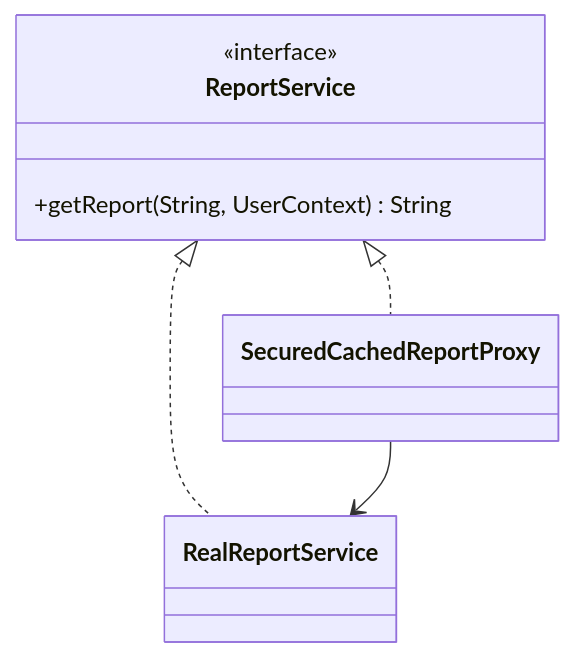
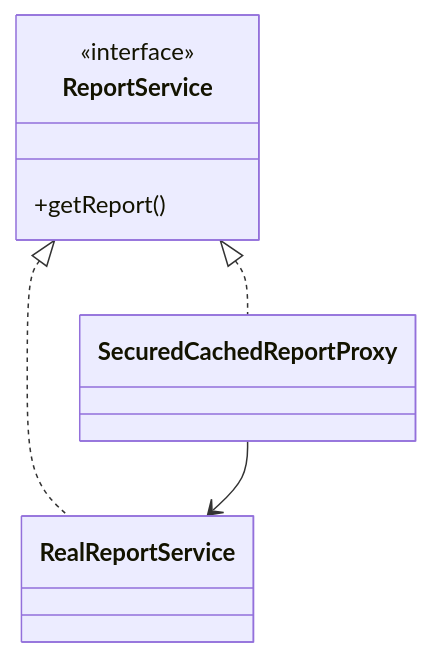
One commit to sandeepbhardwaj/sandeepbhardwaj.github.io changed the diagram in _posts/2025-12-11-proxy-pattern-java-caching-access-control.md. Above: the diagram before and after it, drawn with Mermaid. The commit also changed 85 other files, not shown here.

Commit message:
mermaid flow chart fixes

````diff
--- a/_posts/2025-12-11-proxy-pattern-java-caching-access-control.md
+++ b/_posts/2025-12-11-proxy-pattern-java-caching-access-control.md
@@ -75,12 +75,12 @@
 ```mermaid
 classDiagram
     class ReportService {
       <<interface>>
-      +getReport(String, UserContext) String
+      +getReport()
     }
     class RealReportService
     class SecuredCachedReportProxy
     ReportService <|.. RealReportService
     ReportService <|.. SecuredCachedReportProxy
     SecuredCachedReportProxy --> RealReportService
 ```
````
